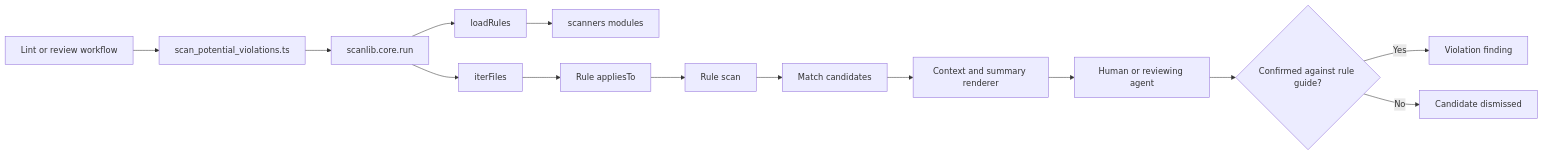
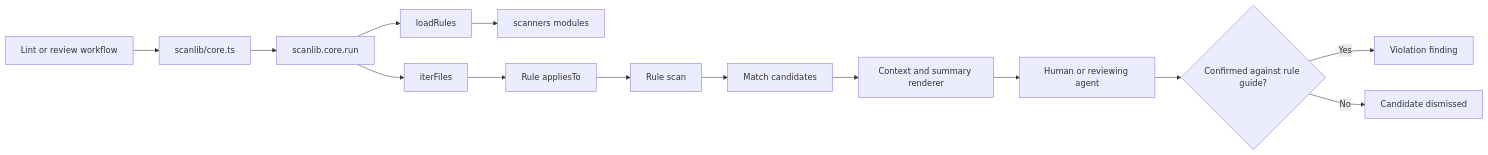
Before and after one commit to alvis/.agents: the first of 2 diagrams in ARCHITECTURE.md, drawn with Mermaid. The commit also changed other lines of this file and 79 other files, not shown here.

````diff
--- a/ARCHITECTURE.md
+++ b/ARCHITECTURE.md
@@ -29,16 +27,16 @@
 ```mermaid
 flowchart LR
-    Caller[Lint or review workflow] --> CLI[scan_potential_violations.ts]
+    Caller[Lint or review workflow] --> CLI[scanlib/core.ts]
     CLI --> Engine[scanlib.core.run]
     Engine --> Loader[loadRules]
     Loader --> Modules[scanners modules]
     Engine --> Files[iterFiles]
     Files --> Predicate[Rule appliesTo]
     Predicate --> Scanner[Rule scan]
     Scanner --> Matches[Match candidates]
     Matches --> Renderer[Context and summary renderer]
     Renderer --> Reviewer[Human or reviewing agent]
     Reviewer --> Decision{Confirmed against rule guide?}
     Decision -->|Yes| Finding[Violation finding]
     Decision -->|No| Dismissed[Candidate dismissed]
 ```
````
